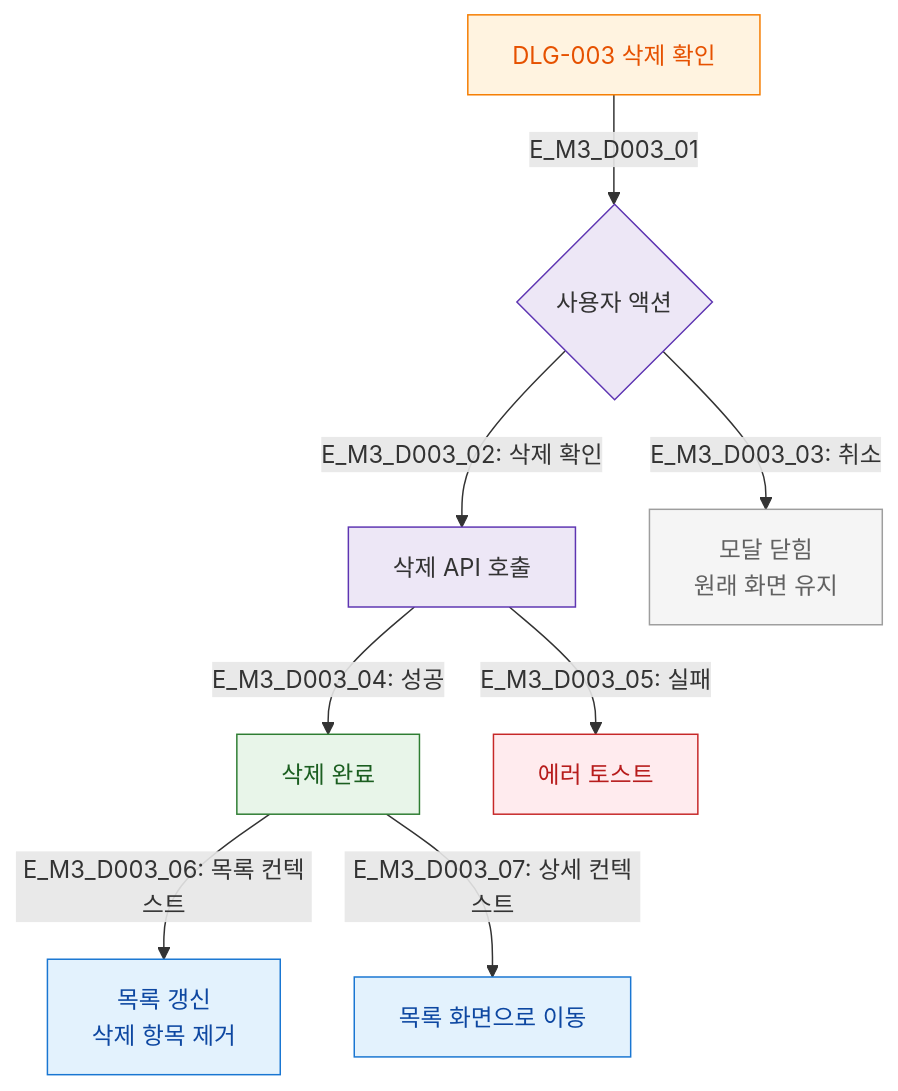
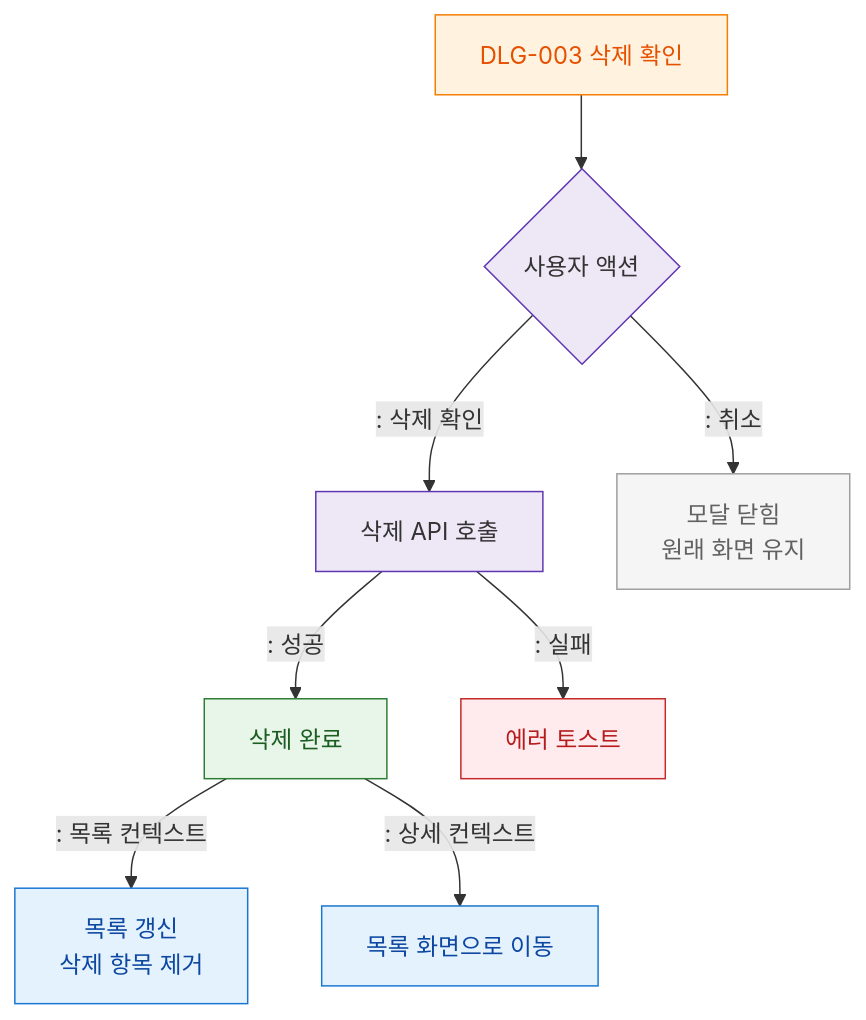
Before and after one commit to dev-spogym/admin-pando: the diagram in docs/다이어그램/D01_공통/DLG/DLG-003_삭제확인/M3_결과분기.md, drawn with Mermaid. The commit also changed other lines of this file and 1660 other files, not shown here.

First line of the commit message:
다이어그램: 기획자/클라이언트 납품본으로 정리

````diff
--- a/docs/다이어그램/D01_공통/DLG/DLG-003_삭제확인/M3_결과분기.md
+++ b/docs/다이어그램/D01_공통/DLG/DLG-003_삭제확인/M3_결과분기.md
@@ -19,26 +17,26 @@
 ```mermaid
 flowchart TD
-    DLG_003[DLG-003 삭제 확인] -->|E_M3_D003_01| ACTION{사용자 액션}
+    DLG_003[DLG-003 삭제 확인] --> ACTION{사용자 액션}
 
-    ACTION -->|"E_M3_D003_02: 삭제 확인"| DELETE_API[삭제 API 호출]
-    ACTION -->|"E_M3_D003_03: 취소"| RESULT_CANCEL[모달 닫힘\n원래 화면 유지]
+    ACTION -->|": 삭제 확인"|DELETE_API[삭제 API 호출]
+    ACTION -->|": 취소"|RESULT_CANCEL[모달 닫힘\n원래 화면 유지]
 
-    DELETE_API -->|"E_M3_D003_04: 성공"| RESULT_OK[삭제 완료]
-    DELETE_API -->|"E_M3_D003_05: 실패"| RESULT_ERR[에러 토스트]
+    DELETE_API -->|": 성공"|RESULT_OK[삭제 완료]
+    DELETE_API -->|": 실패"|RESULT_ERR[에러 토스트]
 
-    RESULT_OK -->|"E_M3_D003_06: 목록 컨텍스트"| LIST_REFRESH[목록 갱신\n삭제 항목 제거]
-    RESULT_OK -->|"E_M3_D003_07: 상세 컨텍스트"| NAV_BACK[목록 화면으로 이동]
+    RESULT_OK -->|": 목록 컨텍스트"|LIST_REFRESH[목록 갱신\n삭제 항목 제거]
+    RESULT_OK -->|": 상세 컨텍스트"|NAV_BACK[목록 화면으로 이동]
 
-    classDef screen  fill:#E3F2FD,stroke:#1976D2,color:#0D47A1
-    classDef modal   fill:#FFF3E0,stroke:#F57C00,color:#E65100
-    classDef system  fill:#EDE7F6,stroke:#5E35B2
+    classDef screen fill:#E3F2FD,stroke:#1976D2,color:#0D47A1
+    classDef modal fill:#FFF3E0,stroke:#F57C00,color:#E65100
+    classDef system fill:#EDE7F6,stroke:#5E35B2
     classDef success fill:#E8F5E9,stroke:#2E7D32,color:#1B5E20
-    classDef error   fill:#FFEBEE,stroke:#C62828,color:#B71C1C
+    classDef error fill:#FFEBEE,stroke:#C62828,color:#B71C1C
     classDef rbacBlocked fill:#F5F5F5,stroke:#9E9E9E,color:#616161
     class NAV_BACK,LIST_REFRESH screen
     class DLG_003 modal
     class ACTION,DELETE_API system
     class RESULT_OK success
     class RESULT_ERR error
     class RESULT_CANCEL rbacBlocked
 ```
````
